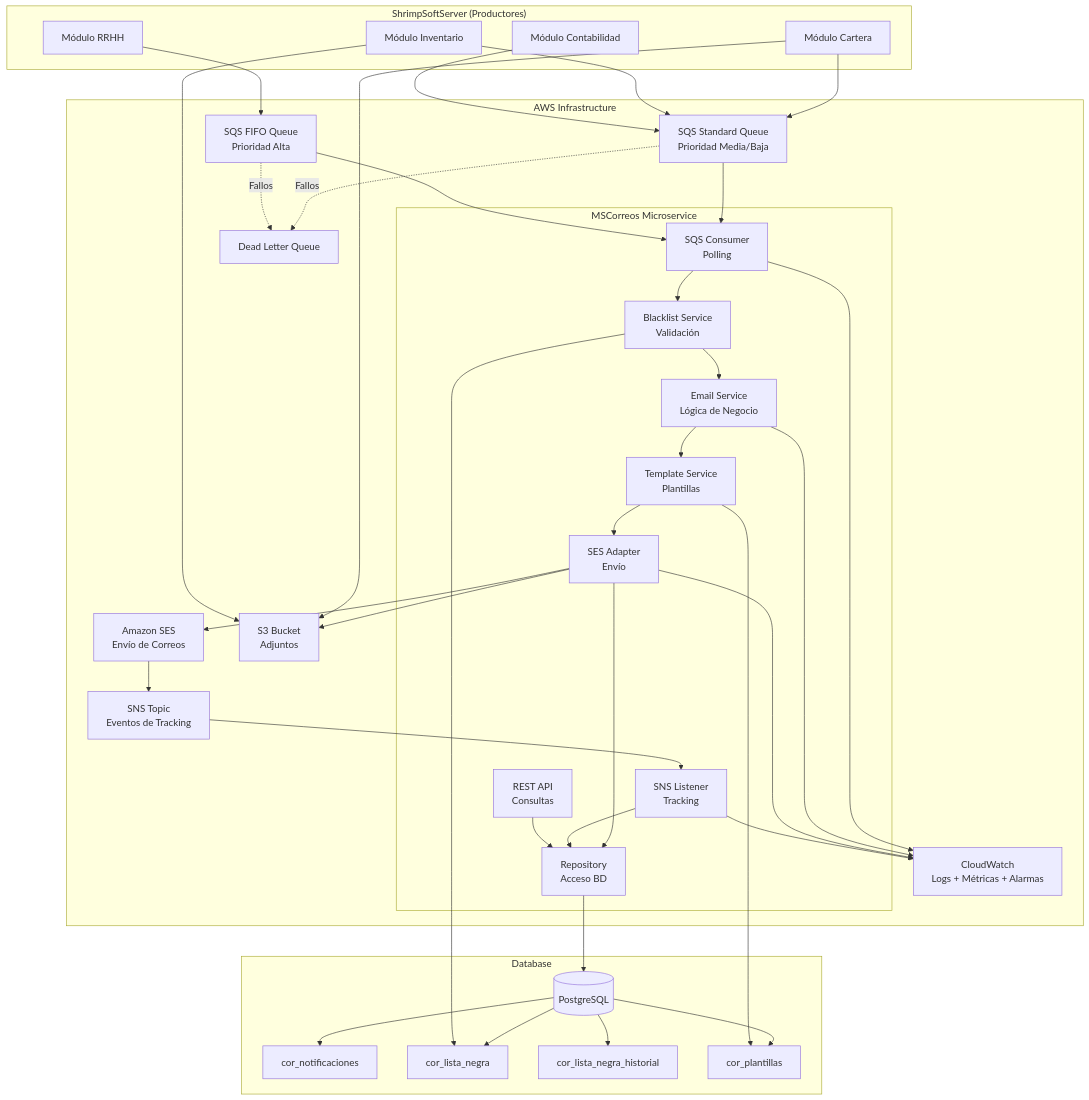
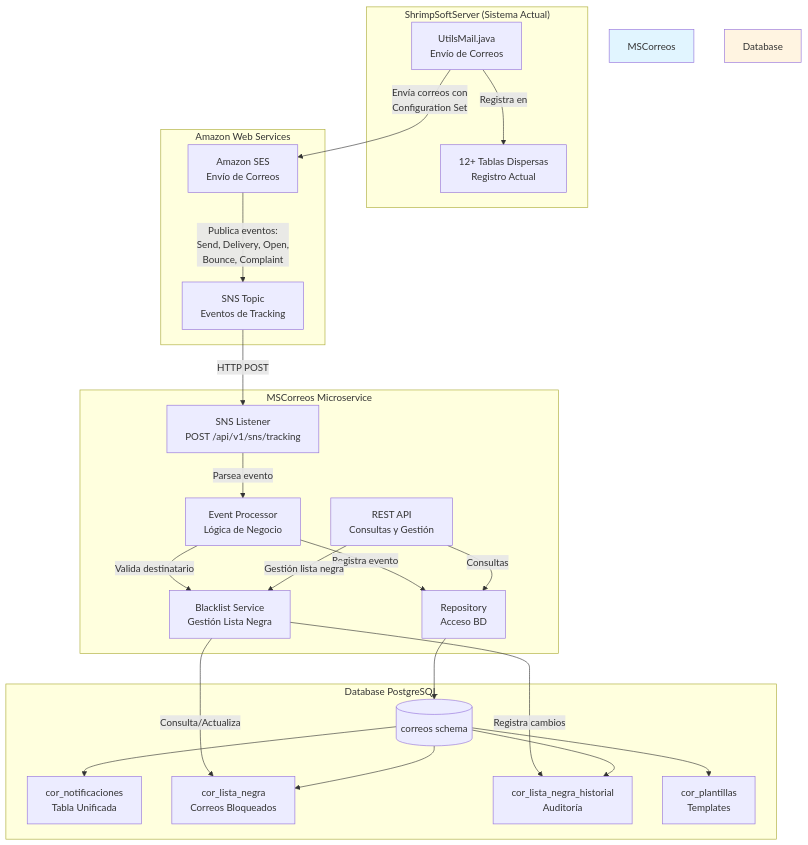
One commit to mgabramirez/MSCorreos changed the first of 5 diagrams in .kiro/specs/refactorizacion-sistema-notificaciones-email/design.md. Above: the diagram before and after it, drawn with Mermaid. The commit also changed other lines of this file and 4 other files, not shown here.

````diff
--- a/.kiro/specs/refactorizacion-sistema-notificaciones-email/design.md
+++ b/.kiro/specs/refactorizacion-sistema-notificaciones-email/design.md
@@ -35,78 +40,54 @@
 ```mermaid
 graph TB
-    subgraph "ShrimpSoftServer (Productores)"
-        P1[Módulo Cartera]
-        P2[Módulo Inventario]
-        P3[Módulo RRHH]
-        P4[Módulo Contabilidad]
+    subgraph "ShrimpSoftServer (Sistema Actual)"
+        UTIL[UtilsMail.java<br/>Envío de Correos]
+        TABLAS[12+ Tablas Dispersas<br/>Registro Actual]
     end
     
-    subgraph "AWS Infrastructure"
-        SQS_STD[SQS Standard Queue<br/>Prioridad Media/Baja]
-        SQS_FIFO[SQS FIFO Queue<br/>Prioridad Alta]
-        DLQ[Dead Letter Queue]
-        S3[S3 Bucket<br/>Adjuntos]
-        
-        subgraph "MSCorreos Microservice"
-            CONSUMER[SQS Consumer<br/>Polling]
-            BLACKLIST[Blacklist Service<br/>Validación]
-            EMAIL[Email Service<br/>Lógica de Negocio]
-            TEMPLATE[Template Service<br/>Plantillas]
-            SES_ADAPTER[SES Adapter<br/>Envío]
-            SNS_LISTENER[SNS Listener<br/>Tracking]
-            REPO[Repository<br/>Acceso BD]
-            API[REST API<br/>Consultas]
-        end
-        
+    subgraph "Amazon Web Services"
         SES[Amazon SES<br/>Envío de Correos]
         SNS[SNS Topic<br/>Eventos de Tracking]
-        CW[CloudWatch<br/>Logs + Métricas + Alarmas]
     end
     
-    subgraph "Database"
-        DB[(PostgreSQL)]
-        T1[cor_notificaciones]
-        T2[cor_lista_negra]
-        T3[cor_lista_negra_historial]
-        T4[cor_plantillas]
+    subgraph "MSCorreos Microservice"
+        SNS_LISTENER[SNS Listener<br/>POST /api/v1/sns/tracking]
+        PROCESSOR[Event Processor<br/>Lógica de Negocio]
+        BLACKLIST[Blacklist Service<br/>Gestión Lista Negra]
+        REPO[Repository<br/>Acceso BD]
+        API[REST API<br/>Consultas y Gestión]
     end
     
-    P1 --> SQS_STD
-    P2 --> SQS_STD
-    P3 --> SQS_FIFO
-    P4 --> SQS_STD
-    P1 --> S3
-    P2 --> S3
+    subgraph "Database PostgreSQL"
+        DB[(correos schema)]
+        T1[cor_notificaciones<br/>Tabla Unificada]
+        T2[cor_lista_negra<br/>Correos Bloqueados]
+        T3[cor_lista_negra_historial<br/>Auditoría]
+        T4[cor_plantillas<br/>Templates]
+    end
     
-    SQS_STD --> CONSUMER
-    SQS_FIFO --> CONSUMER
-    CONSUMER --> BLACKLIST
-    BLACKLIST --> EMAIL
-    EMAIL --> TEMPLATE
-    TEMPLATE --> SES_ADAPTER
-    SES_ADAPTER --> S3
-    SES_ADAPTER --> SES
-    SES_ADAPTER --> REPO
+    UTIL -->|Envía correos con<br/>Configuration Set| SES
+    UTIL -->|Registra en| TABLAS
     
-    SQS_STD -.->|Fallos| DLQ
-    SQS_FIFO -.->|Fallos| DLQ
+    SES -->|Publica eventos:<br/>Send, Delivery, Open,<br/>Bounce, Complaint| SNS
     
-    SES --> SNS
-    SNS --> SNS_LISTENER
-    SNS_LISTENER --> REPO
+    SNS -->|HTTP POST| SNS_LISTENER
+    SNS_LISTENER -->|Parsea evento| PROCESSOR
+    
+    PROCESSOR -->|Valida destinatario| BLACKLIST
+    PROCESSOR -->|Registra evento| REPO
+    
+    BLACKLIST -->|Consulta/Actualiza| T2
+    BLACKLIST -->|Registra cambios| T3
     
     REPO --> DB
     DB --> T1
     DB --> T2
     DB --> T3
     DB --> T4
     
-    BLACKLIST --> T2
-    TEMPLATE --> T4
-    API --> REPO
+    API -->|Consultas| REPO
+    API -->|Gestión lista negra| BLACKLIST
     
-    CONSUMER --> CW
-    EMAIL --> CW
-    SES_ADAPTER --> CW
-    SNS_LISTENER --> CW
+    style MSCorreos fill:#e1f5ff
+    style Database fill:#fff4e1
 ```
````
